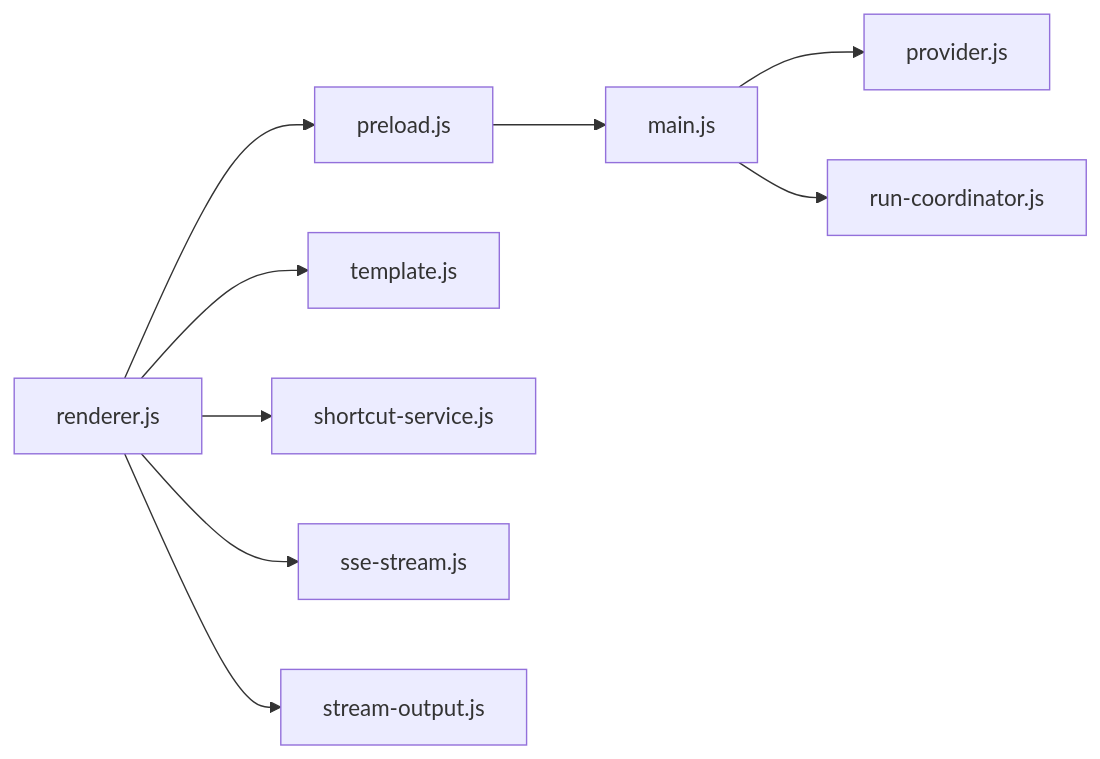
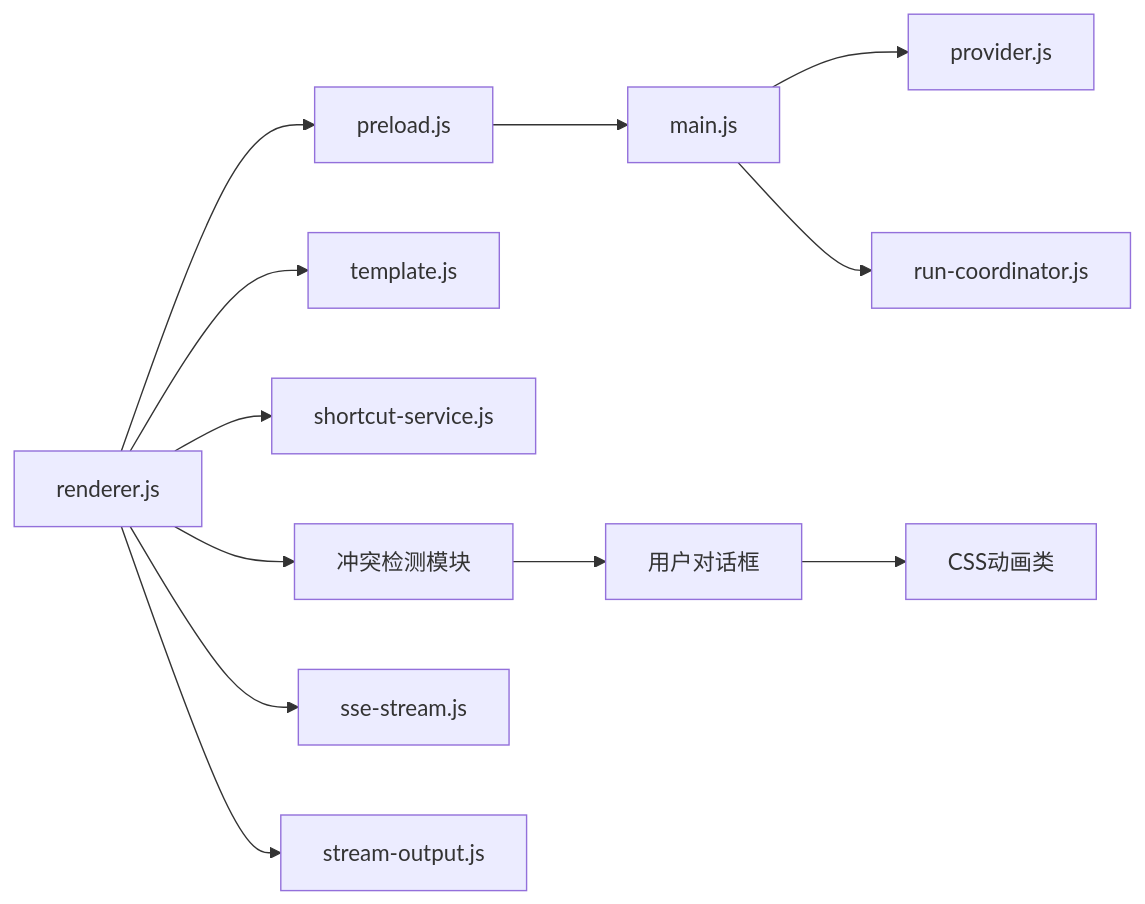
Before and after one commit to astordu/prompt_gogo: the third of 3 diagrams in .qoder/repowiki/zh/content/用户界面组件.md, drawn with Mermaid. The commit also changed other lines of this file and 25 other files, not shown here.

````diff
--- a/.qoder/repowiki/zh/content/用户界面组件.md
+++ b/.qoder/repowiki/zh/content/用户界面组件.md
@@ -288,11 +322,14 @@
 ```mermaid
 graph LR
 renderer["renderer.js"] --> preload["preload.js"]
 renderer --> template_js["template.js"]
 renderer --> shortcut_svc["shortcut-service.js"]
+renderer --> conflict_check["冲突检测模块"]
 renderer --> sse["sse-stream.js"]
 renderer --> stream_out["stream-output.js"]
 preload --> main["main.js"]
 main --> provider["provider.js"]
 main --> run_coord["run-coordinator.js"]
+conflict_check --> user_dialog["用户对话框"]
+user_dialog --> css_anim["CSS动画类"]
 ```
````
